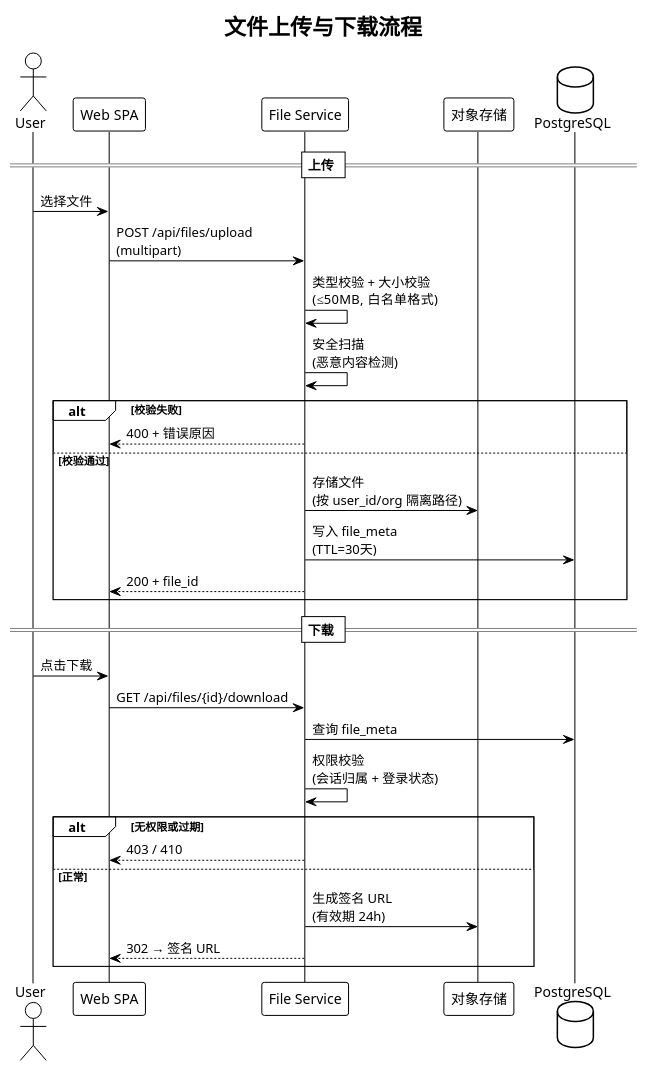
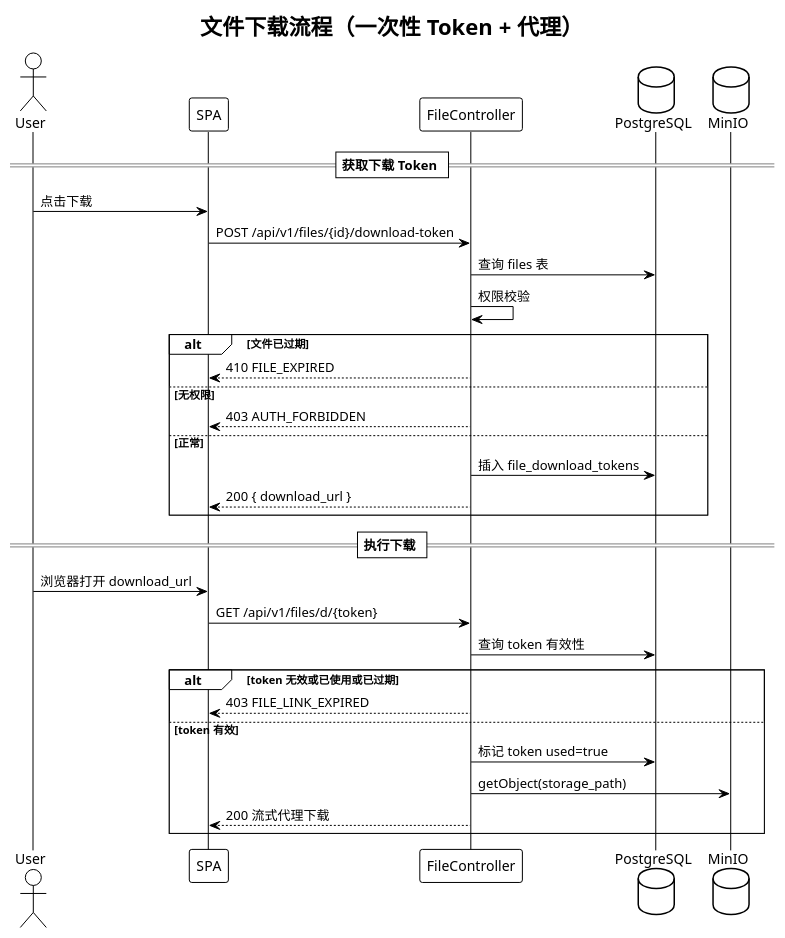
Before and after one commit to SkarnerV/web-agent: the sixth of 8 diagrams in .Ds-Spec/specs/agent-platform/design.md, drawn with PlantUML. The commit also changed other lines of this file and 61 other files, not shown here.

````diff
--- a/.Ds-Spec/specs/agent-platform/design.md
+++ b/.Ds-Spec/specs/agent-platform/design.md
@@ -226,41 +684,43 @@
 ```plantuml
-@startuml File_Flow
+@startuml File_Download
 !theme plain
 
-title 文件上传与下载流程
+title 文件下载流程（一次性 Token + 代理）
 
 actor User
-participant "Web SPA" as SPA
-participant "File Service" as FS
-participant "对象存储" as OSS
+participant "SPA" as SPA
+participant "FileController" as FC
 database "PostgreSQL" as DB
+database "MinIO" as OSS
 
-== 上传 ==
-User -> SPA : 选择文件
-SPA -> FS : POST /api/files/upload\n(multipart)
-FS -> FS : 类型校验 + 大小校验\n(≤50MB, 白名单格式)
-FS -> FS : 安全扫描\n(恶意内容检测)
+== 获取下载 Token ==
+User -> SPA : 点击下载
+SPA -> FC : POST /api/v1/files/{id}/download-token
+FC -> DB : 查询 files 表
 
-alt 校验失败
-  FS --> SPA : 400 + 错误原因
-else 校验通过
-  FS -> OSS : 存储文件\n(按 user_id/org 隔离路径)
-  FS -> DB : 写入 file_meta\n(TTL=30天)
-  FS --> SPA : 200 + file_id
+FC -> FC : 权限校验
+
+alt 文件已过期
+  FC --> SPA : 410 FILE_EXPIRED
+else 无权限
+  FC --> SPA : 403 AUTH_FORBIDDEN
+else 正常
+  FC -> DB : 插入 file_download_tokens
+  FC --> SPA : 200 { download_url }
 end
 
-== 下载 ==
-User -> SPA : 点击下载
-SPA -> FS : GET /api/files/{id}/download
-FS -> DB : 查询 file_meta
-FS -> FS : 权限校验\n(会话归属 + 登录状态)
+== 执行下载 ==
+User -> SPA : 浏览器打开 download_url
+SPA -> FC : GET /api/v1/files/d/{token}
+FC -> DB : 查询 token 有效性
 
-alt 无权限或过期
-  FS --> SPA : 403 / 410
-else 正常
-  FS -> OSS : 生成签名 URL\n(有效期 24h)
-  FS --> SPA : 302 → 签名 URL
+alt token 无效或已使用或已过期
+  FC --> SPA : 403 FILE_LINK_EXPIRED
+else token 有效
+  FC -> DB : 标记 token used=true
+  FC -> OSS : getObject(storage_path)
+  FC --> SPA : 200 流式代理下载
 end
 
 @enduml
 ```
````
